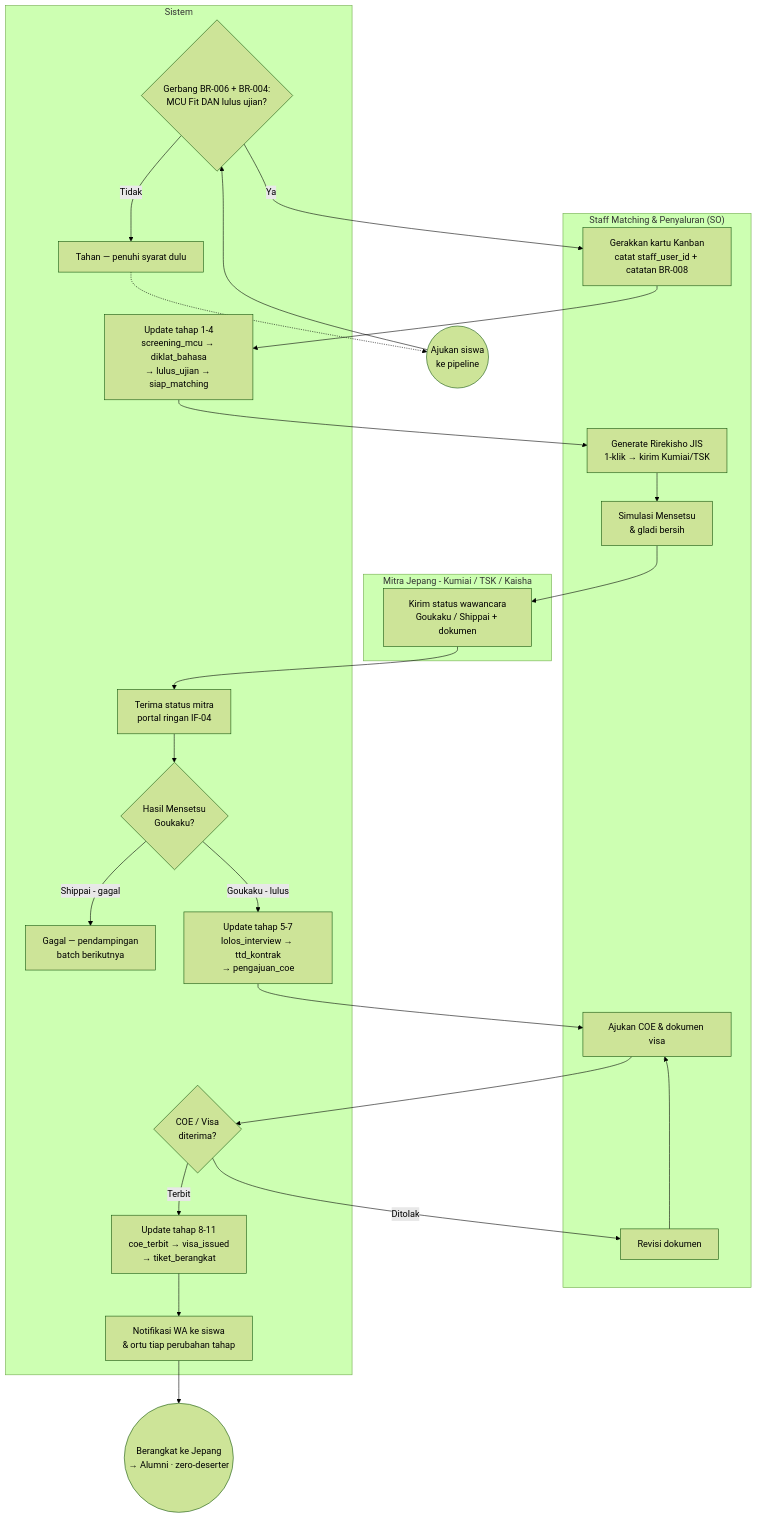
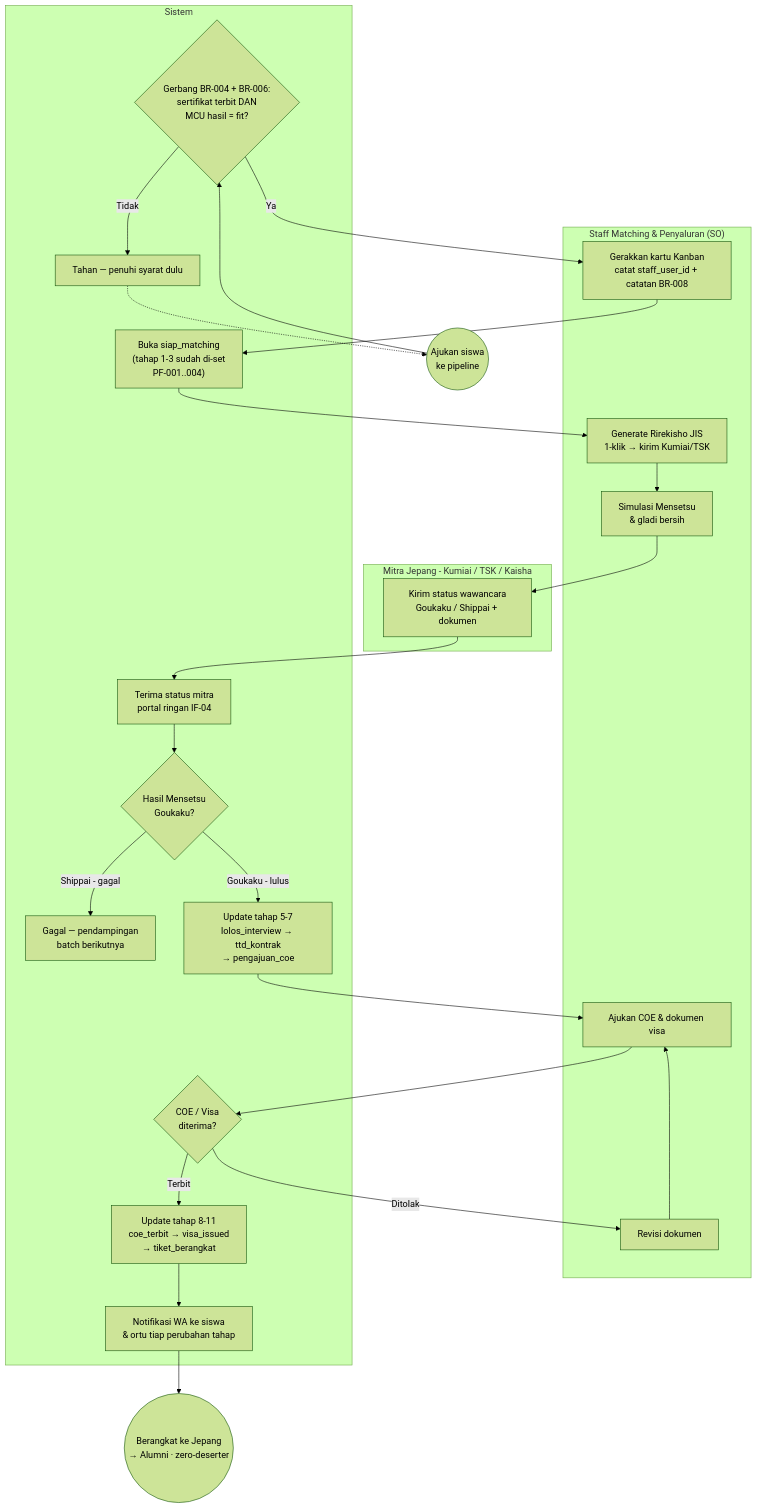
The seventh of 9 diagrams in docs/analyst/00-Global/PROCESS-FLOW-MASTER.md (HBRHack/JLPT-Academy-Japanese-LPK-Analyst), drawn with Mermaid (forest theme) before and after one commit. The commit also changed other lines of this file and 2 other files, not shown here.

````diff
--- a/docs/analyst/00-Global/PROCESS-FLOW-MASTER.md
+++ b/docs/analyst/00-Global/PROCESS-FLOW-MASTER.md
@@ -458,34 +460,34 @@
 ```mermaid
 flowchart TD
     subgraph LANE_O["Staff Matching & Penyaluran (SO)"]
         O1["Gerakkan kartu Kanban<br/>catat staff_user_id + catatan BR-008"]
         O2["Generate Rirekisho JIS<br/>1-klik → kirim Kumiai/TSK"]
         O3["Simulasi Mensetsu<br/>& gladi bersih"]
         O4["Ajukan COE & dokumen visa"]
         O5["Revisi dokumen"]
     end
     subgraph LANE_K["Mitra Jepang - Kumiai / TSK / Kaisha"]
         K1["Kirim status wawancara<br/>Goukaku / Shippai + dokumen"]
     end
     subgraph LANE_Y["Sistem"]
-        G1{"Gerbang BR-006 + BR-004:<br/>MCU Fit DAN lulus ujian?"}
+        G1{"Gerbang BR-004 + BR-006:<br/>sertifikat terbit DAN<br/>MCU hasil = fit?"}
         H1["Tahan — penuhi syarat dulu"]
-        Y1["Update tahap 1-4<br/>screening_mcu → diklat_bahasa<br/>→ lulus_ujian → siap_matching"]
+        Y1["Buka siap_matching<br/>(tahap 1-3 sudah di-set<br/>PF-001..004)"]
         Y2["Terima status mitra<br/>portal ringan IF-04"]
         G2{"Hasil Mensetsu<br/>Goukaku?"}
         H2["Gagal — pendampingan<br/>batch berikutnya"]
         Y3["Update tahap 5-7<br/>lolos_interview → ttd_kontrak<br/>→ pengajuan_coe"]
         G3{"COE / Visa<br/>diterima?"}
         Y4["Update tahap 8-11<br/>coe_terbit → visa_issued<br/>→ tiket_berangkat"]
         Y5["Notifikasi WA ke siswa<br/>& ortu tiap perubahan tahap"]
     end
     START(("Ajukan siswa<br/>ke pipeline"))
     END1(("Berangkat ke Jepang<br/>→ Alumni · zero-deserter"))
     START --> G1
     G1 -->|"Tidak"| H1 -.-> START
     G1 -->|"Ya"| O1 --> Y1 --> O2 --> O3 --> K1 --> Y2 --> G2
     G2 -->|"Shippai - gagal"| H2
     G2 -->|"Goukaku - lulus"| Y3 --> O4 --> G3
     G3 -->|"Ditolak"| O5 --> O4
     G3 -->|"Terbit"| Y4 --> Y5 --> END1
 ```
````
